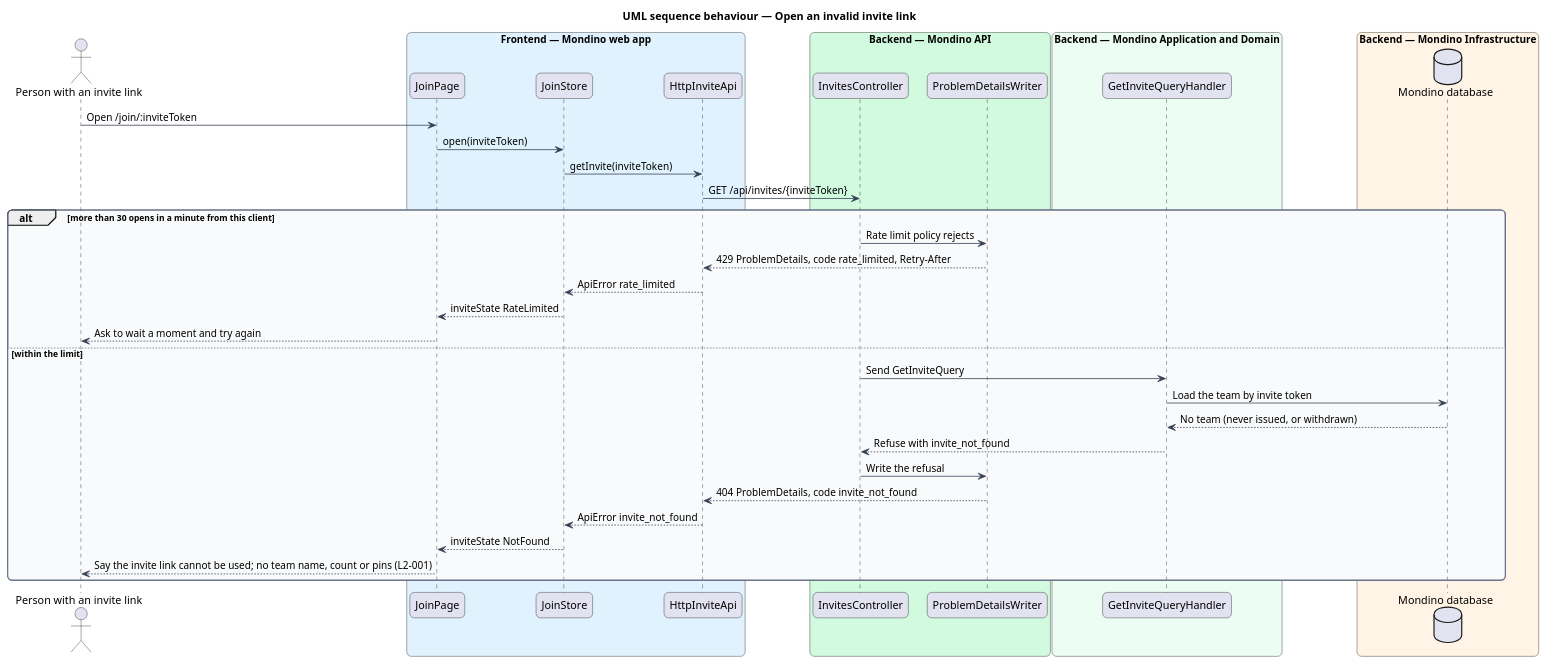
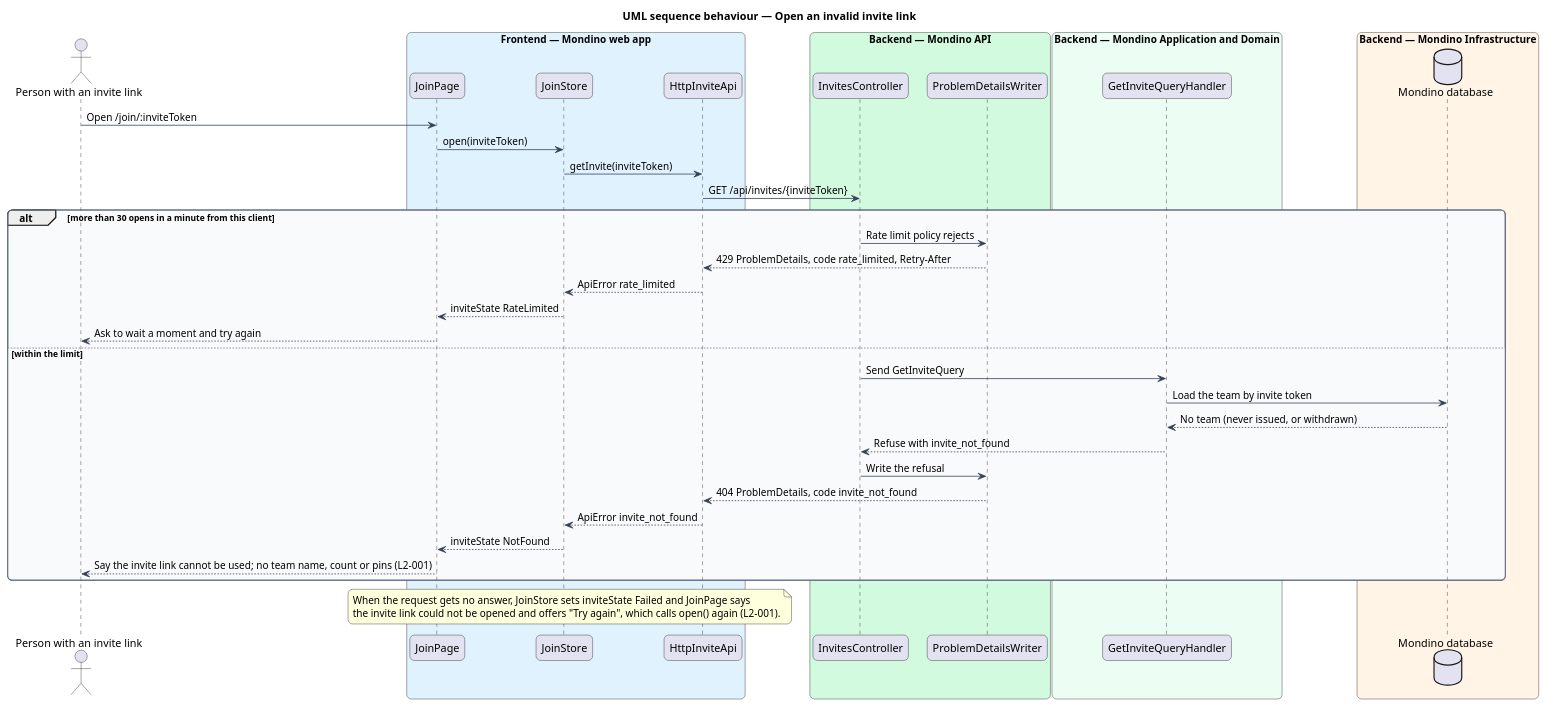
The diagram in docs/detailed-designs/joining/open-invite-link/diagrams/sequence-open-invalid-invite-link.puml (QuinntyneBrown/Mondino), drawn with PlantUML before and after one commit. The commit also changed 11 other files, not shown here.

```diff
--- a/docs/detailed-designs/joining/open-invite-link/diagrams/sequence-open-invalid-invite-link.puml
+++ b/docs/detailed-designs/joining/open-invite-link/diagrams/sequence-open-invalid-invite-link.puml
@@ -1,55 +1,59 @@
 @startuml
 title UML sequence behaviour — Open an invalid invite link
 skinparam backgroundColor #FFFFFF
 skinparam shadowing false
 skinparam roundcorner 12
 skinparam defaultFontName Arial
 skinparam ArrowColor #344054
 skinparam rectangle {
   BorderColor #344054
   FontColor #101828
 }
 skinparam package {
   BorderColor #667085
   FontColor #101828
   BackgroundColor #F9FAFB
 }
 
 actor "Person with an invite link" as actor
 box "Frontend — Mondino web app" #E0F2FE
   participant "JoinPage" as page
   participant "JoinStore" as store
   participant "HttpInviteApi" as client
 end box
 box "Backend — Mondino API" #D1FADF
   participant "InvitesController" as controller
   participant "ProblemDetailsWriter" as problems
 end box
 box "Backend — Mondino Application and Domain" #ECFDF3
   participant "GetInviteQueryHandler" as handler
 end box
 box "Backend — Mondino Infrastructure" #FFF4E5
   database "Mondino database" as db
 end box
 actor -> page : Open /join/:inviteToken
 page -> store : open(inviteToken)
 store -> client : getInvite(inviteToken)
 client -> controller : GET /api/invites/{inviteToken}
 alt more than 30 opens in a minute from this client
   controller -> problems : Rate limit policy rejects
   problems --> client : 429 ProblemDetails, code rate_limited, Retry-After
   client --> store : ApiError rate_limited
   store --> page : inviteState RateLimited
   page --> actor : Ask to wait a moment and try again
 else within the limit
   controller -> handler : Send GetInviteQuery
   handler -> db : Load the team by invite token
   db --> handler : No team (never issued, or withdrawn)
   handler --> controller : Refuse with invite_not_found
   controller -> problems : Write the refusal
   problems --> client : 404 ProblemDetails, code invite_not_found
   client --> store : ApiError invite_not_found
   store --> page : inviteState NotFound
   page --> actor : Say the invite link cannot be used; no team name, count or pins (L2-001)
 end
+note over page, client
+  When the request gets no answer, JoinStore sets inviteState Failed and JoinPage says
+  the invite link could not be opened and offers "Try again", which calls open() again (L2-001).
+end note
 @enduml
```
